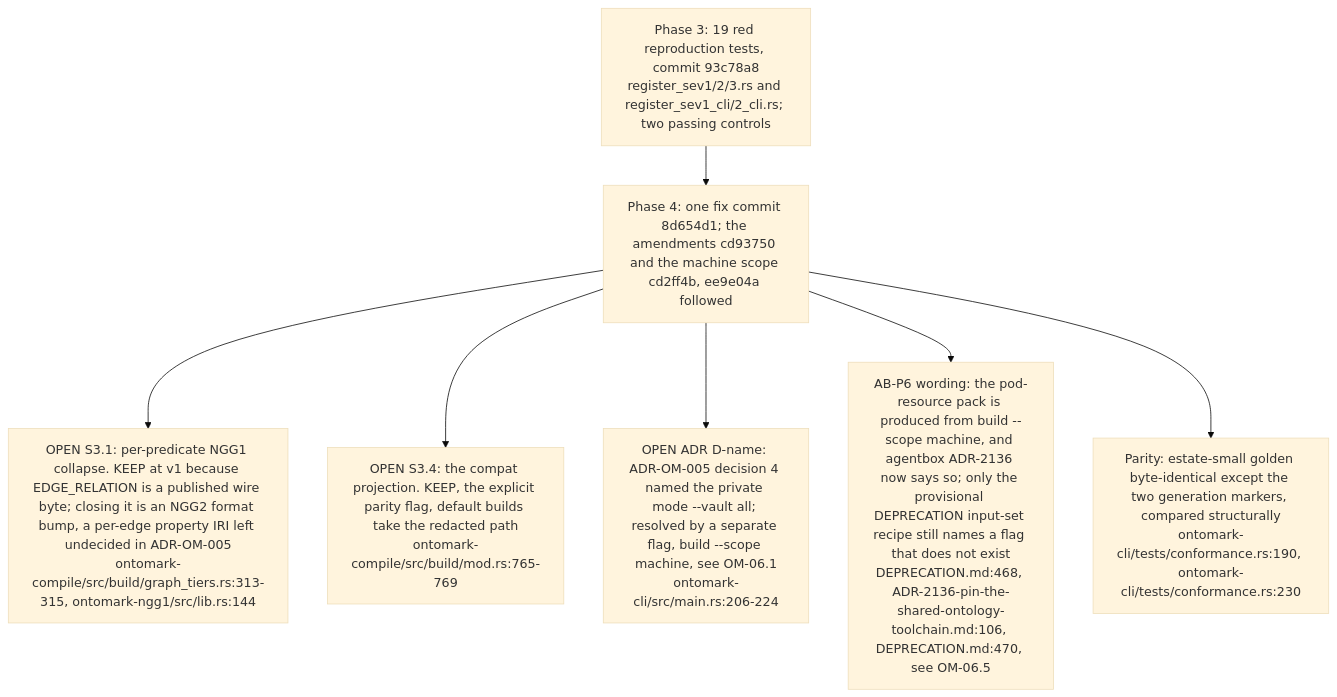
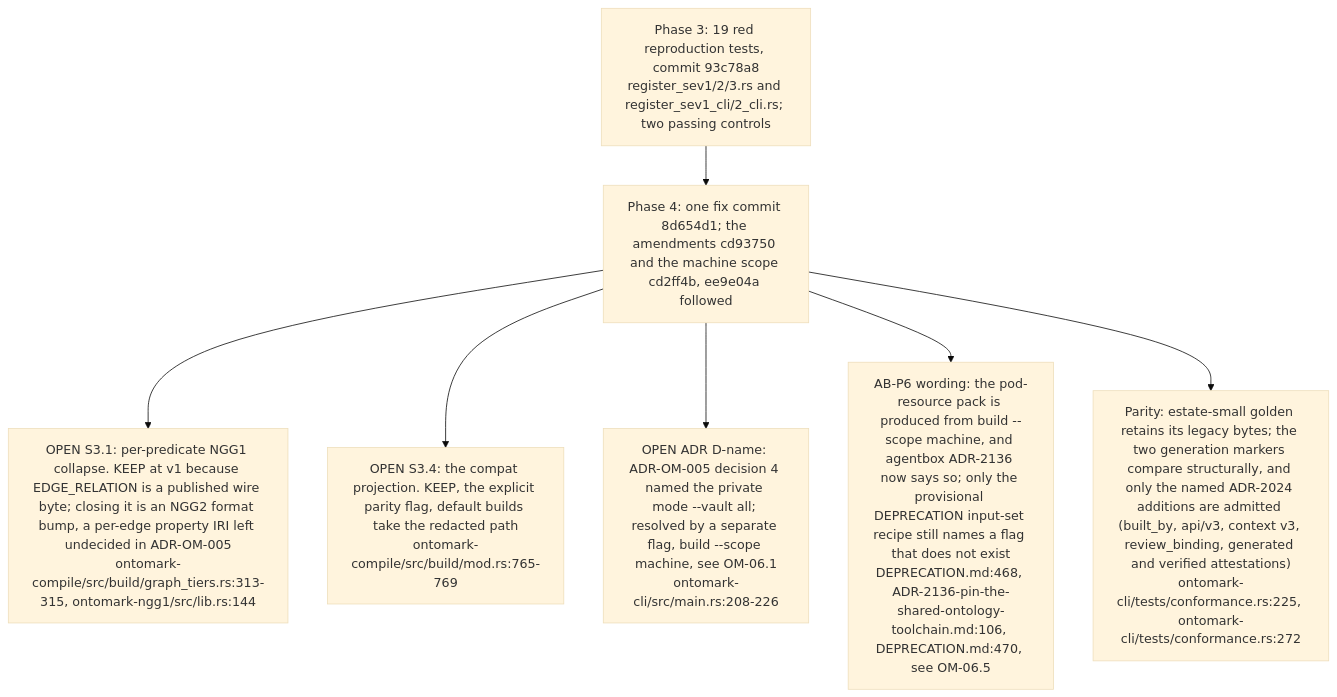
One commit to DreamLab-AI/VisionFlow changed the fifth of 5 diagrams in docs/diagrams/ontomark/00-anomaly-register-and-reconciliation.md. Above: the diagram before and after it, drawn with Mermaid (base theme). The commit also changed other lines of this file and 70 other files, not shown here.

First line of the commit message:
docs(diagrams): re-verify 69 topics at current default-branch heads

````diff
--- a/docs/diagrams/ontomark/00-anomaly-register-and-reconciliation.md
+++ b/docs/diagrams/ontomark/00-anomaly-register-and-reconciliation.md
@@ -326,13 +331,13 @@
 ```mermaid
 flowchart TB
     PH3["Phase 3: 19 red reproduction tests, commit 93c78a8<br/>register_sev1/2/3.rs and register_sev1_cli/2_cli.rs; two passing controls"]
     PH4["Phase 4: one fix commit 8d654d1; the amendments cd93750 and the machine scope cd2ff4b, ee9e04a followed"]
     PH3 --> PH4
     OPEN1["OPEN S3.1: per-predicate NGG1 collapse. KEEP at v1 because EDGE_RELATION is a published wire byte; closing it is an NGG2 format bump, a per-edge property IRI left undecided in ADR-OM-005<br/>ontomark-compile/src/build/graph_tiers.rs:313-315, ontomark-ngg1/src/lib.rs:144"]
     OPEN2["OPEN S3.4: the compat projection. KEEP, the explicit parity flag, default builds take the redacted path<br/>ontomark-compile/src/build/mod.rs:765-769"]
-    OPEN3["OPEN ADR D-name: ADR-OM-005 decision 4 named the private mode --vault all; resolved by a separate flag, build --scope machine, see OM-06.1<br/>ontomark-cli/src/main.rs:206-224"]
+    OPEN3["OPEN ADR D-name: ADR-OM-005 decision 4 named the private mode --vault all; resolved by a separate flag, build --scope machine, see OM-06.1<br/>ontomark-cli/src/main.rs:208-226"]
     OPEN4["AB-P6 wording: the pod-resource pack is produced from build --scope machine, and agentbox ADR-2136 now says so; only the provisional DEPRECATION input-set recipe still names a flag that does not exist<br/>DEPRECATION.md:468, ADR-2136-pin-the-shared-ontology-toolchain.md:106, DEPRECATION.md:470, see OM-06.5"]
     PH4 --> OPEN1 & OPEN2 & OPEN3 & OPEN4
-    PAR["Parity: estate-small golden byte-identical except the two generation markers, compared structurally<br/>ontomark-cli/tests/conformance.rs:190, ontomark-cli/tests/conformance.rs:230"]
+    PAR["Parity: estate-small golden retains its legacy bytes; the two generation markers compare structurally, and only the named ADR-2024 additions are admitted (built_by, api/v3, context v3, review_binding, generated and verified attestations)<br/>ontomark-cli/tests/conformance.rs:225, ontomark-cli/tests/conformance.rs:272"]
     PH4 --> PAR
 ```
````
